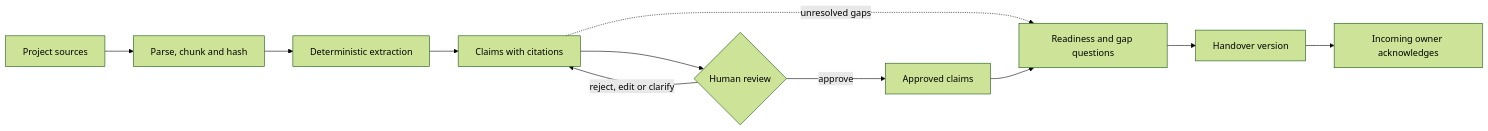
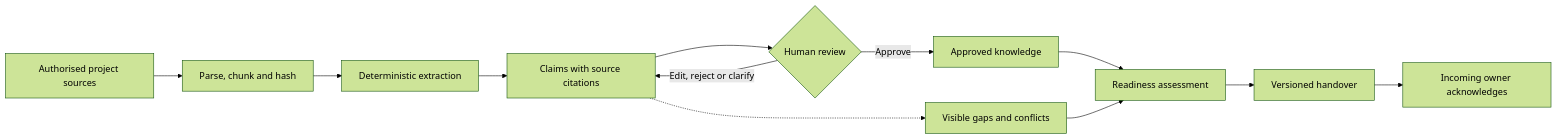
One commit to JayeshJadhav28/relaymap changed the first of 2 diagrams in README.md. Above: the diagram before and after it, drawn with Mermaid (forest theme). The commit also changed other lines of this file, not shown here.

````diff
--- a/README.md
+++ b/README.md
@@ -108,13 +103,14 @@
 ```mermaid
 flowchart LR
-    A["Project sources"] --> B["Parse, chunk and hash"]
+    A["Authorised project sources"] --> B["Parse, chunk and hash"]
     B --> C["Deterministic extraction"]
-    C --> D["Claims with citations"]
+    C --> D["Claims with source citations"]
     D --> E{"Human review"}
-    E -->|"approve"| F["Approved claims"]
-    E -->|"reject, edit or clarify"| D
-    D -.->|"unresolved gaps"| G["Readiness and gap questions"]
-    F --> G
-    G --> H["Handover version"]
-    H --> I["Incoming owner acknowledges"]
+    E -->|"Approve"| F["Approved knowledge"]
+    E -->|"Edit, reject or clarify"| D
+    D -.-> G["Visible gaps and conflicts"]
+    F --> H["Readiness assessment"]
+    G --> H
+    H --> I["Versioned handover"]
+    I --> J["Incoming owner acknowledges"]
 ```
````
